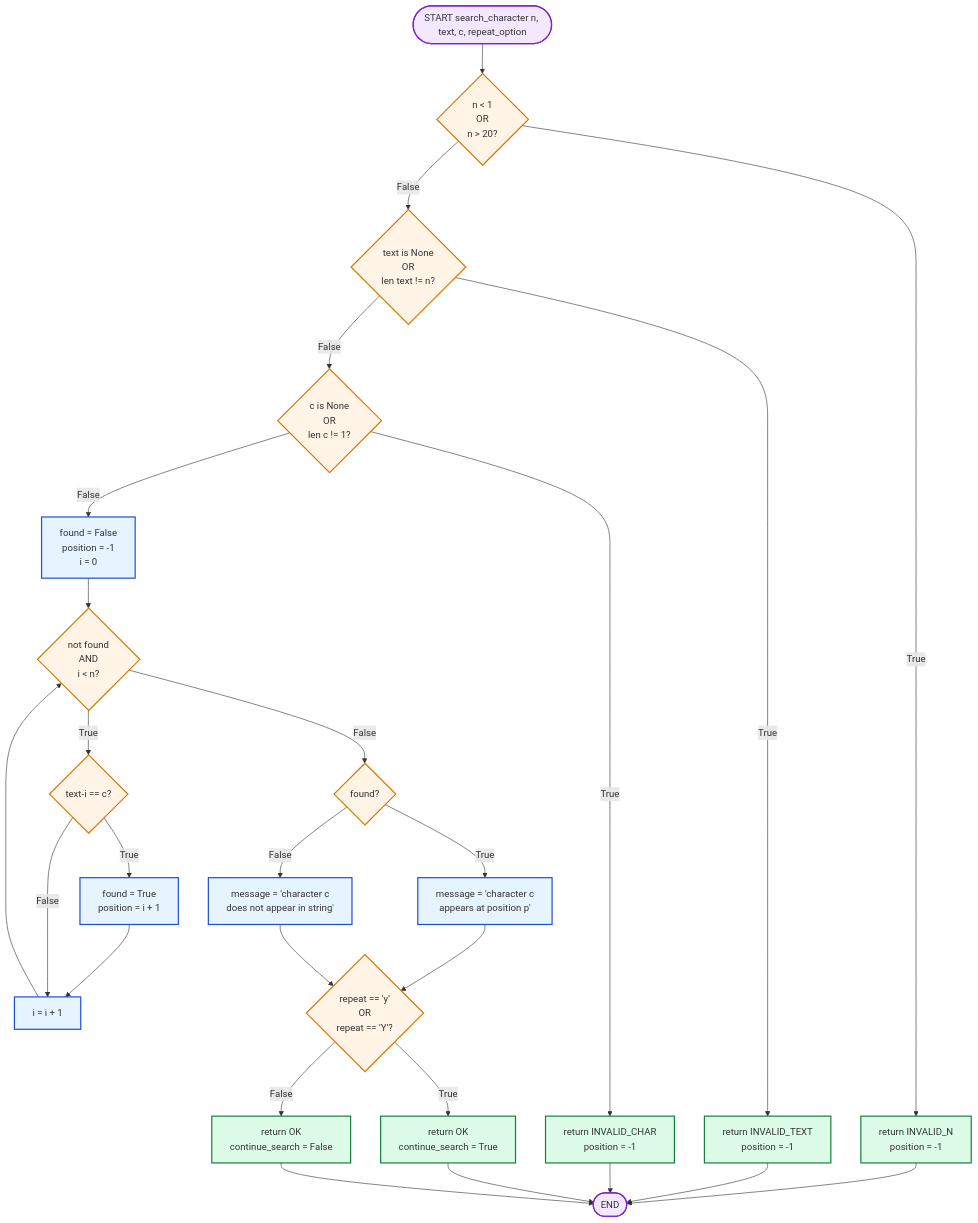
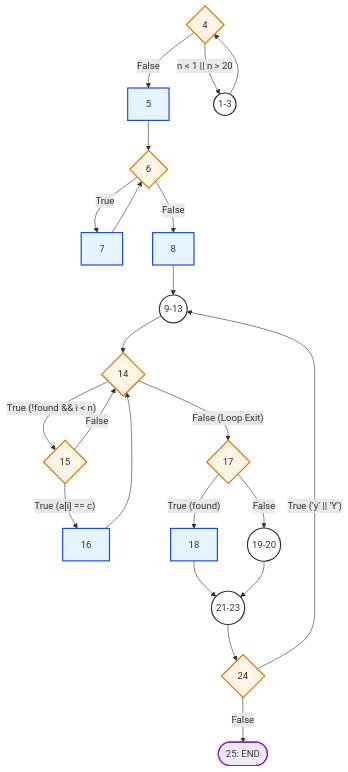
Before and after one commit to AndreiCopilau/testarea-sistemelor-software: the diagram in docs/cfg.mermaid, drawn with Mermaid.

```diff
--- a/docs/cfg.mermaid
+++ b/docs/cfg.mermaid
@@ -1,42 +1,48 @@
 flowchart TD
-    Start([START search_character n, text, c, repeat_option]) --> N1{n < 1<br/>OR<br/>n > 20?}
-    N1 -- True --> R1[return INVALID_N<br/>position = -1]
-    R1 --> End([END])
+    %% Validare N - Bucla do-while de la inceput
+    1_3((1-3)) --> 4{4}
+    4 -- "n < 1 || n > 20" --> 1_3
+    4 -- "False" --> 5[5]
 
-    N1 -- False --> N2{text is None<br/>OR<br/>len text != n?}
-    N2 -- True --> R2[return INVALID_TEXT<br/>position = -1]
-    R2 --> End
+    %% Citire caractere - Bucla for i < n
+    5 --> 6{6}
+    6 -- "True" --> 7[7]
+    7 --> 6
+    6 -- "False" --> 8[8]
 
-    N2 -- False --> N3{c is None<br/>OR<br/>len c != 1?}
-    N3 -- True --> R3[return INVALID_CHAR<br/>position = -1]
-    R3 --> End
+    %% Initializare cautare
+    8 --> 9_13((9-13))
 
-    N3 -- False --> Init[found = False<br/>position = -1<br/>i = 0]
-    Init --> Loop{not found<br/>AND<br/>i &lt; n?}
+    %% Bucla de cautare - for !found && i < n
+    9_13 --> 14{14}
+    14 -- "True (!found && i < n)" --> 15{15}
 
-    Loop -- True --> Cmp{text-i == c?}
-    Cmp -- True --> Match[found = True<br/>position = i + 1]
-    Match --> Inc[i = i + 1]
-    Cmp -- False --> Inc
-    Inc --> Loop
+    %% Decizia if a[i] == c
+    15 -- "True (a[i] == c)" --> 16[16]
+    15 -- "False" --> 14
+    16 --> 14
 
-    Loop -- False --> IfFound{found?}
-    IfFound -- True --> MsgF[message = 'character c<br/>appears at position p']
-    IfFound -- False --> MsgNF[message = 'character c<br/>does not appear in string']
+    %% Decizie afisare dupa bucla
+    14 -- "False (Loop Exit)" --> 17{17}
+    17 -- "True (found)" --> 18[18]
+    17 -- "False" --> 19_20((19-20))
 
-    MsgF --> Cont{repeat == 'y'<br/>OR<br/>repeat == 'Y'?}
-    MsgNF --> Cont
-    Cont -- True --> R4[return OK<br/>continue_search = True]
-    Cont -- False --> R5[return OK<br/>continue_search = False]
-    R4 --> End
-    R5 --> End
+    %% Pregatire repetare
+    18 --> 21_23((21-23))
+    19_20 --> 21_23
+    21_23 --> 24{24}
 
+    %% Decizie finala - repeat?
+    24 -- "True ('y' || 'Y')" --> 9_13
+    24 -- "False" --> 25([25: END])
+
+    %% Stiluri
     classDef decision fill:#fff4e6,stroke:#d97706,stroke-width:2px;
     classDef action fill:#e6f4ff,stroke:#1d4ed8,stroke-width:2px;
     classDef terminal fill:#f3e8ff,stroke:#7e22ce,stroke-width:2px;
-    classDef ret fill:#dcfce7,stroke:#15803d,stroke-width:2px;
+    classDef groupNode fill:#fff,stroke:#333,stroke-width:2px;
 
-    class N1,N2,N3,Loop,Cmp,IfFound,Cont decision;
-    class Init,Match,Inc,MsgF,MsgNF action;
-    class Start,End terminal;
-    class R1,R2,R3,R4,R5 ret;
+    class 4,6,14,15,17,24 decision;
+    class 5,7,8,16,18 action;
+    class 25 terminal;
+    class 1_3,9_13,19_20,21_23 groupNode;
```
